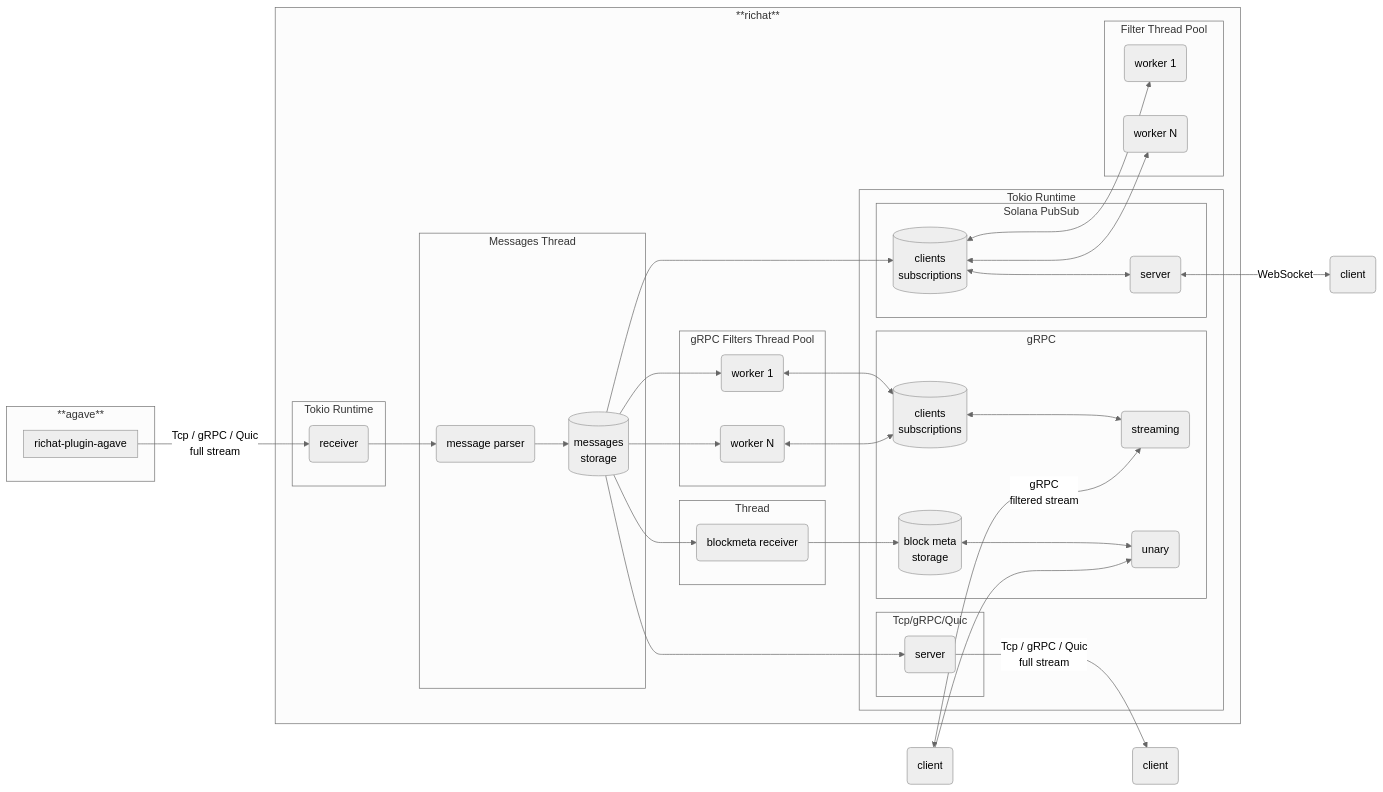
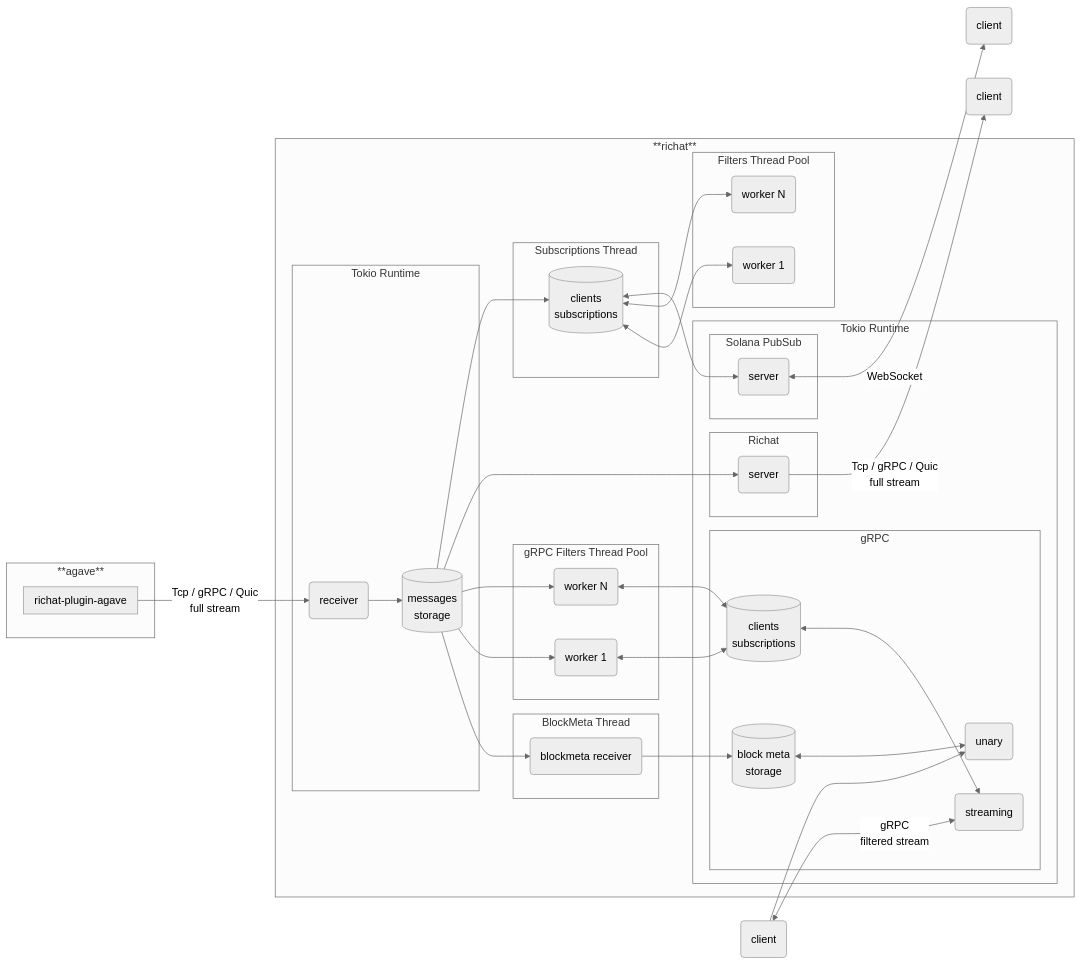
The second of 2 diagrams in README.md (riprsa/richat), drawn with Mermaid (neutral theme) before and after one commit. The commit also changed 7 other files, not shown here.

Commit message:
richat: remove parser thread (#74)

````diff
--- a/README.md
+++ b/README.md
@@ -118,76 +118,74 @@
 ```mermaid
 flowchart LR
     subgraph agave1 [**agave**]
         subgraph geyser1 [richat-plugin-agave]
         end
     end
 
     subgraph richat1 [**richat**]
         subgraph tokio1 [Tokio Runtime]
             richat1_tokio1_receiver(receiver)
+            richat1_channel[(messages<br/>storage)]
         end
 
         subgraph tokio2 [Tokio Runtime]
             subgraph grpc1 [gRPC]
                 richat1_grpc1_streaming1(streaming)
                 richat1_grpc1_unary(unary)
 
                 richat1_grpc1_blockmeta[(block meta<br/>storage)]
                 richat1_grpc1_subscriptions[(clients<br/>subscriptions)]
             end
 
             subgraph pubsub1 [Solana PubSub]
                 richat1_pubsub1_server(server)
-                richat1_pubsub1_subscriptions[(clients<br/>subscriptions)]
             end
 
-            subgraph richat_server1 [Tcp/gRPC/Quic]
+            subgraph richat_server1 [Richat]
                 richat_server1_sender(server)
             end
         end
 
-        subgraph pubsub1_pool [Filter Thread Pool]
+        subgraph pubsub1_pool [Filters Thread Pool]
             richat1_pubsub1_pool_worker1(worker 1)
             richat1_pubsub1_pool_worker2(worker N)
         end
 
-        subgraph messages [Messages Thread]
-            richat1_parser(message parser)
-            richat1_channel[(messages<br/>storage)]
+        subgraph pubsub1_main [Subscriptions Thread]
+            richat1_pubsub1_subscriptions[(clients<br/>subscriptions)]
         end
 
-        subgraph blockmeta_recv [Thread]
+        subgraph blockmeta_recv [BlockMeta Thread]
             richat1_blockmeta_recv_thread(blockmeta receiver)
         end
 
         subgraph grpc_workers [gRPC Filters Thread Pool]
             richat1_grpc_worker1(worker 1)
             richat1_grpc_worker2(worker N)
         end
     end
 
     client1(client)
     client2(client)
     client3(client)
 
     geyser1 -->|Tcp / gRPC / Quic<br/>full stream| richat1_tokio1_receiver
-    richat1_tokio1_receiver --> richat1_parser
-    richat1_parser --> richat1_channel
+    richat1_tokio1_receiver --> richat1_channel
     richat1_channel --> richat1_blockmeta_recv_thread
     richat1_channel --> richat1_grpc_worker1
     richat1_channel --> richat1_grpc_worker2
     richat1_blockmeta_recv_thread --> richat1_grpc1_blockmeta
     richat1_grpc1_blockmeta <--> richat1_grpc1_unary
     richat1_grpc_worker1 <--> richat1_grpc1_subscriptions
     richat1_grpc_worker2 <--> richat1_grpc1_subscriptions
     richat1_grpc1_subscriptions <--> richat1_grpc1_streaming1
     client1 <--> |gRPC<br/>filtered stream| richat1_grpc1_streaming1
     client1 --> richat1_grpc1_unary
     richat1_channel --> richat_server1_sender
     richat_server1_sender -->|Tcp / gRPC / Quic<br/>full stream| client2
     richat1_channel --> richat1_pubsub1_subscriptions
     richat1_pubsub1_subscriptions <--> richat1_pubsub1_pool_worker1
     richat1_pubsub1_subscriptions <--> richat1_pubsub1_pool_worker2
     richat1_pubsub1_subscriptions <--> richat1_pubsub1_server
     richat1_pubsub1_server <-->|WebSocket| client3
 ```
````
